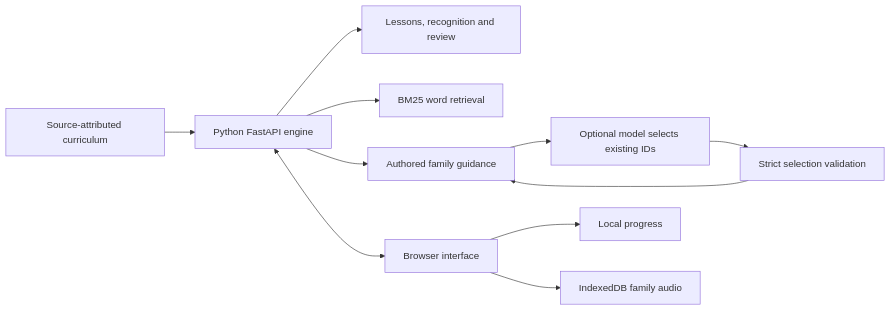
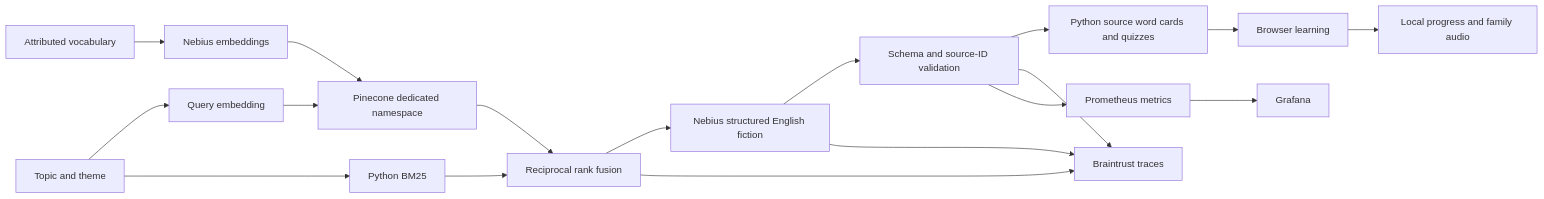
Before and after one commit to sivalinb/hatti-quest: the diagram in README.md, drawn with Mermaid. The commit also changed other lines of this file and 46 other files, not shown here.

````diff
--- a/README.md
+++ b/README.md
@@ -70,13 +93,20 @@
 ```mermaid
 flowchart LR
-    C[Source-attributed curriculum] --> P[Python FastAPI engine]
-    P --> Q[Lessons, recognition and review]
-    P --> R[BM25 word retrieval]
-    P --> G[Authored family guidance]
-    G --> M[Optional model selects existing IDs]
-    M --> V[Strict selection validation]
-    V --> G
-    P <--> B[Browser interface]
-    B --> L[Local progress]
-    B --> I[IndexedDB family audio]
+  C[Attributed vocabulary] --> E[Nebius embeddings]
+  E --> P[Pinecone dedicated namespace]
+  G[Topic and theme] --> Q[Query embedding]
+  Q --> P
+  G --> B[Python BM25]
+  P --> R[Reciprocal rank fusion]
+  B --> R
+  R --> N[Nebius structured English fiction]
+  N --> V[Schema and source-ID validation]
+  V --> W[Python source word cards and quizzes]
+  W --> U[Browser learning]
+  U --> L[Local progress and family audio]
+  N --> T[Braintrust traces]
+  R --> T
+  V --> T
+  V --> M[Prometheus metrics]
+  M --> F[Grafana]
 ```
````
